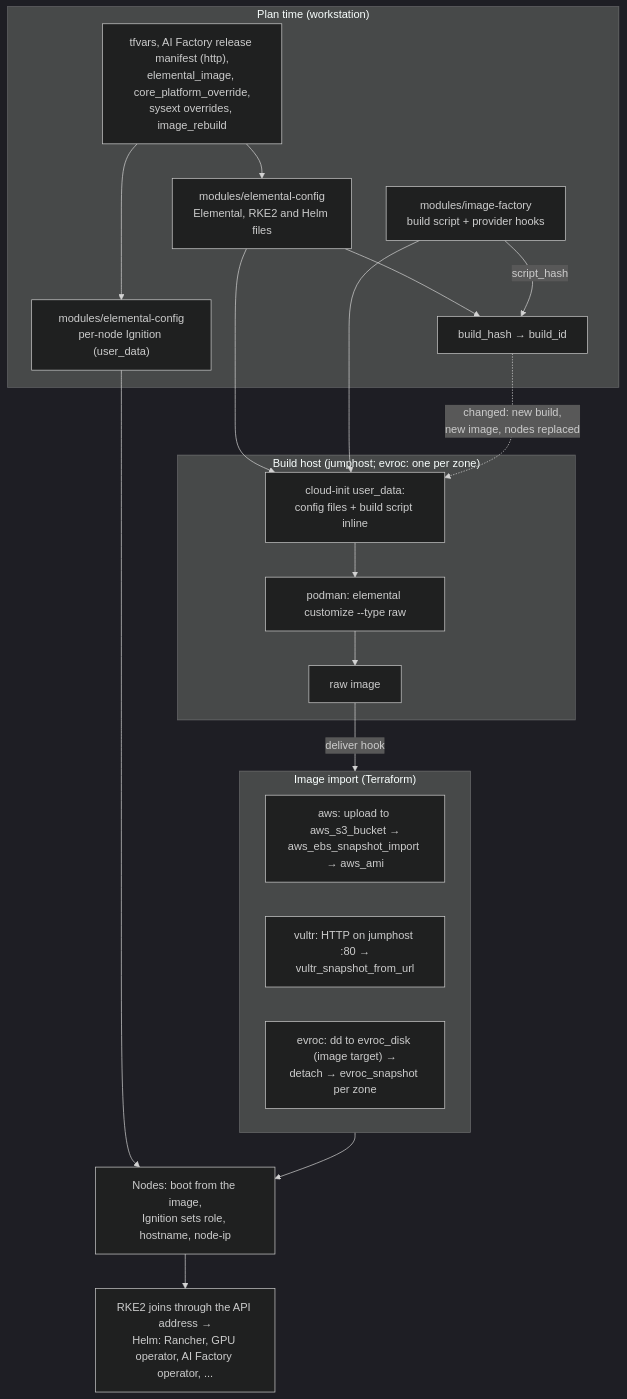
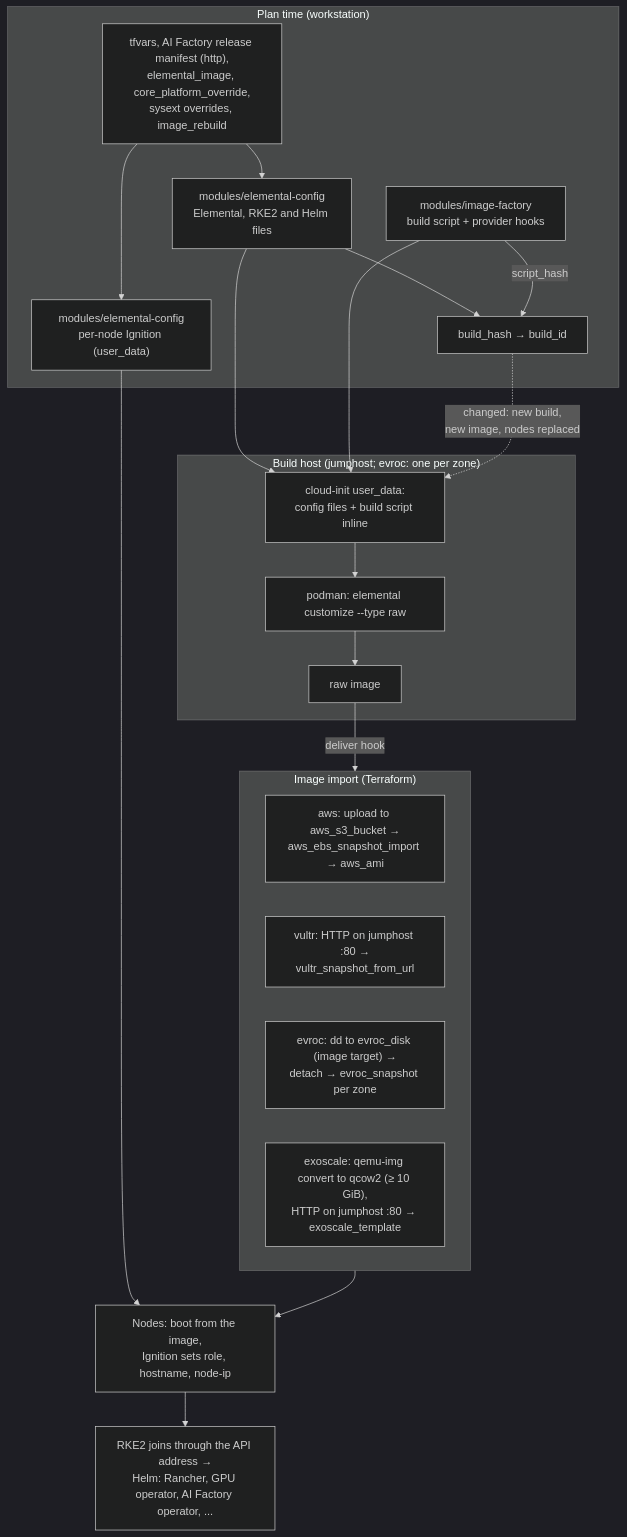
Before and after one commit to e-minguez/suse-ai-factory-cloud-providers: the second of 10 diagrams in docs/architecture.md, drawn with Mermaid (dark theme). The commit also changed other lines of this file and 80 other files, not shown here.

````diff
--- a/docs/architecture.md
+++ b/docs/architecture.md
@@ -37,37 +37,38 @@
 ```mermaid
 flowchart TD
     subgraph plan_time ["Plan time (workstation)"]
         inputs["tfvars, AI Factory release manifest (http),<br/>elemental_image, core_platform_override,<br/>sysext overrides, image_rebuild"]
         ec["modules/elemental-config<br/>Elemental, RKE2 and Helm files"]
         ign["modules/elemental-config<br/>per-node Ignition (user_data)"]
         hash["build_hash → build_id"]
         fac["modules/image-factory<br/>build script + provider hooks"]
         inputs --> ec
         ec --> hash
         fac -- "script_hash" --> hash
         inputs --> ign
     end
 
     subgraph build_host ["Build host (jumphost; evroc: one per zone)"]
         ud["cloud-init user_data:<br/>config files + build script inline"]
         cust["podman: elemental customize --type raw"]
         raw["raw image"]
         ud --> cust --> raw
     end
 
     ec --> ud
     fac --> ud
     hash -. "changed: new build,<br/>new image, nodes replaced" .-> ud
 
     raw -- "deliver hook" --> deliver
 
     subgraph deliver ["Image import (Terraform)"]
         aws["aws: upload to aws_s3_bucket →<br/>aws_ebs_snapshot_import → aws_ami"]
         vultr["vultr: HTTP on jumphost :80 →<br/>vultr_snapshot_from_url"]
         evroc["evroc: dd to evroc_disk (image target) →<br/>detach → evroc_snapshot per zone"]
+        exoscale["exoscale: qemu-img convert to qcow2 (≥ 10 GiB),<br/>HTTP on jumphost :80 → exoscale_template"]
     end
 
     deliver --> nodes["Nodes: boot from the image,<br/>Ignition sets role, hostname, node-ip"]
     ign --> nodes
     nodes --> rke2["RKE2 joins through the API address →<br/>Helm: Rancher, GPU operator, AI Factory operator, ..."]
 ```
````
